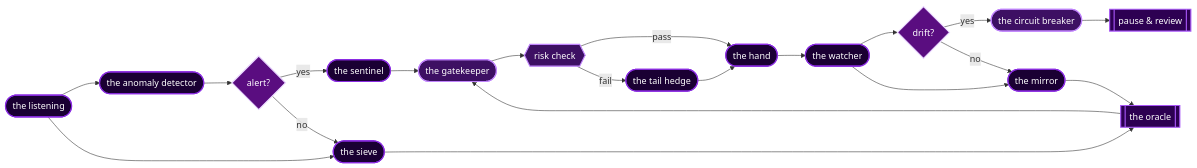
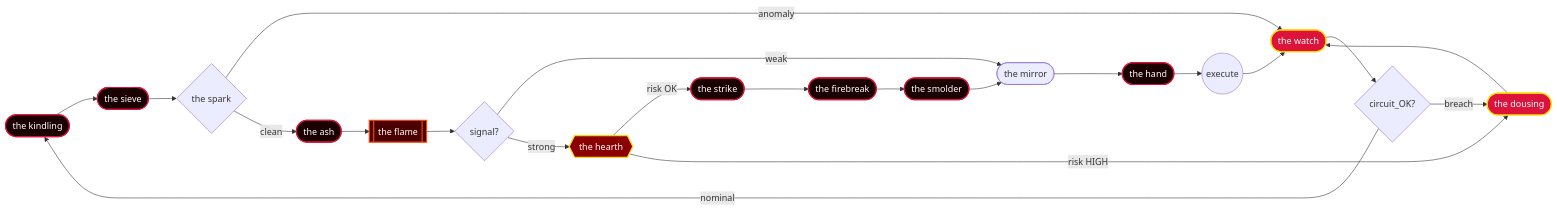
Before and after one commit to PradyXiii/PradyXiii: the diagram in README.md, drawn with Mermaid. The commit also changed other lines of this file and 2 other files, not shown here.

````diff
--- a/README.md
+++ b/README.md
@@ -108,32 +93,33 @@
 ```mermaid
 graph LR
-    A([the listening]) --> B([the anomaly detector])
-    A --> C([the sieve])
-    B --> D{alert?}
-    D -->|yes| E([the sentinel])
-    D -->|no| C
-    E --> F([the gatekeeper])
-    C --> G[[the oracle]]
-    G --> F
-    F --> H{{risk check}}
-    H -->|pass| I([the hand])
-    H -->|fail| J([the tail hedge])
-    J --> I
-    I --> K([the watcher])
-    K --> L{drift?}
-    L -->|yes| M([the circuit breaker])
-    L -->|no| N([the mirror])
-    M --> O[[pause &amp; review]]
-    N --> G
-    K --> N
+    A(["the kindling"]) --> B(["the sieve"])
+    B --> C{"the spark"}
+    C -->|anomaly| D(["the watch"])
+    C -->|clean| E(["the ash"])
+    E --> F[[the flame]]
+    F --> G{signal?}
+    G -->|weak| H(["the mirror"])
+    G -->|strong| I{{the hearth}}
+    I -->|risk OK| J(["the strike"])
+    I -->|risk HIGH| K(["the dousing"])
+    K --> D
+    J --> L(["the firebreak"])
+    L --> M(["the smolder"])
+    M --> H
+    H --> N(["the hand"])
+    N --> O((execute))
+    O --> D
+    D --> P{circuit_OK?}
+    P -->|breach| K
+    P -->|nominal| A
 
-    classDef mystical fill:#1a0033,stroke:#8a2be2,stroke-width:2px,color:#fff
-    classDef brain fill:#2d0052,stroke:#a855f7,stroke-width:2px,color:#fff
-    classDef gate fill:#3d1063,stroke:#c084fc,stroke-width:2px,color:#fff
-    classDef alert fill:#5a0d80,stroke:#e9d5ff,stroke-width:2px,color:#fff
+    classDef mystical fill:#1a0000,stroke:#DC143C,stroke-width:2px,color:#fff
+    classDef brain fill:#4b0000,stroke:#FF4500,stroke-width:2px,color:#fff
+    classDef gate fill:#8B0000,stroke:#FFD700,stroke-width:2px,color:#fff
+    classDef alert fill:#DC143C,stroke:#FFD700,stroke-width:2px,color:#fff
 
-    class A,B,C,E,I,J,K,N mystical
-    class G,O brain
-    class F,H,M gate
-    class D,L alert
+    class A,B,E,J,L,M,N mystical
+    class F brain
+    class I gate
+    class K,D alert
 ```
````
